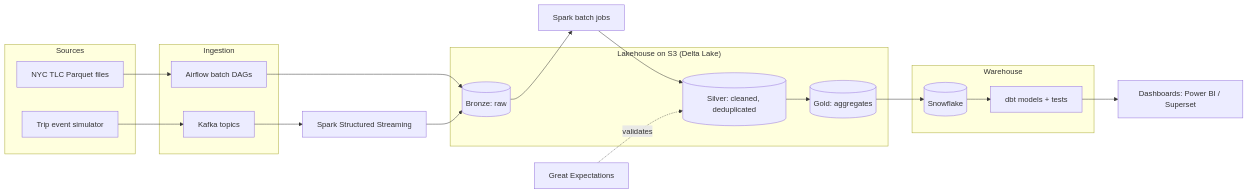
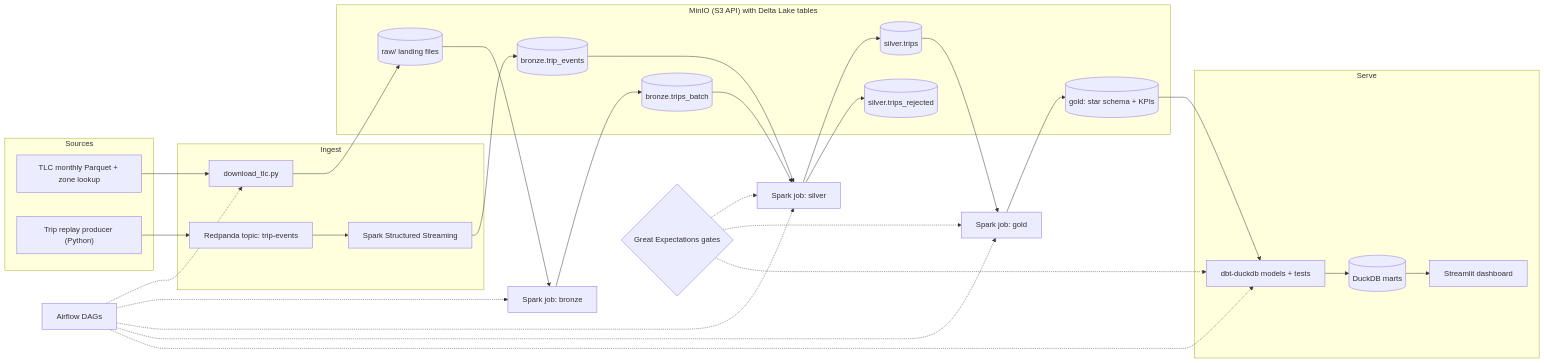
One commit to striderzz/TaxiStream-Lakehouse changed the diagram in README.md. Above: the diagram before and after it, drawn with Mermaid. The commit also changed other lines of this file and 3 other files, not shown here.

````diff
--- a/README.md
+++ b/README.md
@@ -24,28 +28,45 @@
 ```mermaid
 flowchart LR
     subgraph Sources
-        TLC[NYC TLC Parquet files]
-        SIM[Trip event simulator]
+        TLC["TLC monthly Parquet + zone lookup"]
+        PROD["Trip replay producer (Python)"]
     end
-    subgraph Ingestion
-        AF[Airflow batch DAGs]
-        K[Kafka topics]
+    subgraph Ingest
+        DL["download_tlc.py"]
+        RP["Redpanda topic: trip-events"]
+        SS["Spark Structured Streaming"]
     end
-    subgraph Lakehouse["Lakehouse on S3 (Delta Lake)"]
-        B[(Bronze: raw)]
-        S[(Silver: cleaned, deduplicated)]
-        G[(Gold: aggregates)]
+    subgraph Lake["MinIO (S3 API) with Delta Lake tables"]
+        RAW[("raw/ landing files")]
+        BB[("bronze.trips_batch")]
+        BE[("bronze.trip_events")]
+        SV[("silver.trips")]
+        RJ[("silver.trips_rejected")]
+        GD[("gold: star schema + KPIs")]
     end
-    subgraph Warehouse
-        SF[(Snowflake)]
-        DBT[dbt models + tests]
+    subgraph Serve
+        DBT["dbt-duckdb models + tests"]
+        DUCK[("DuckDB marts")]
+        UI["Streamlit dashboard"]
     end
-    DQ[Great Expectations]
-    BI[Dashboards: Power BI / Superset]
+    AF["Airflow DAGs"]
+    GX{"Great Expectations gates"}
 
-    TLC --> AF --> B
-    SIM --> K --> SS[Spark Structured Streaming] --> B
-    B --> SP[Spark batch jobs] --> S --> G
-    DQ -. validates .-> S
-    G --> SF --> DBT --> BI
+    TLC --> DL --> RAW
+    RAW --> SB["Spark job: bronze"] --> BB
+    PROD --> RP --> SS --> BE
+    BB --> SJ["Spark job: silver"]
+    BE --> SJ
+    SJ --> SV
+    SJ --> RJ
+    SV --> GJ["Spark job: gold"] --> GD
+    GD --> DBT --> DUCK --> UI
+    GX -.-> SJ
+    GX -.-> GJ
+    GX -.-> DBT
+    AF -.-> DL
+    AF -.-> SB
+    AF -.-> SJ
+    AF -.-> GJ
+    AF -.-> DBT
 ```
````
